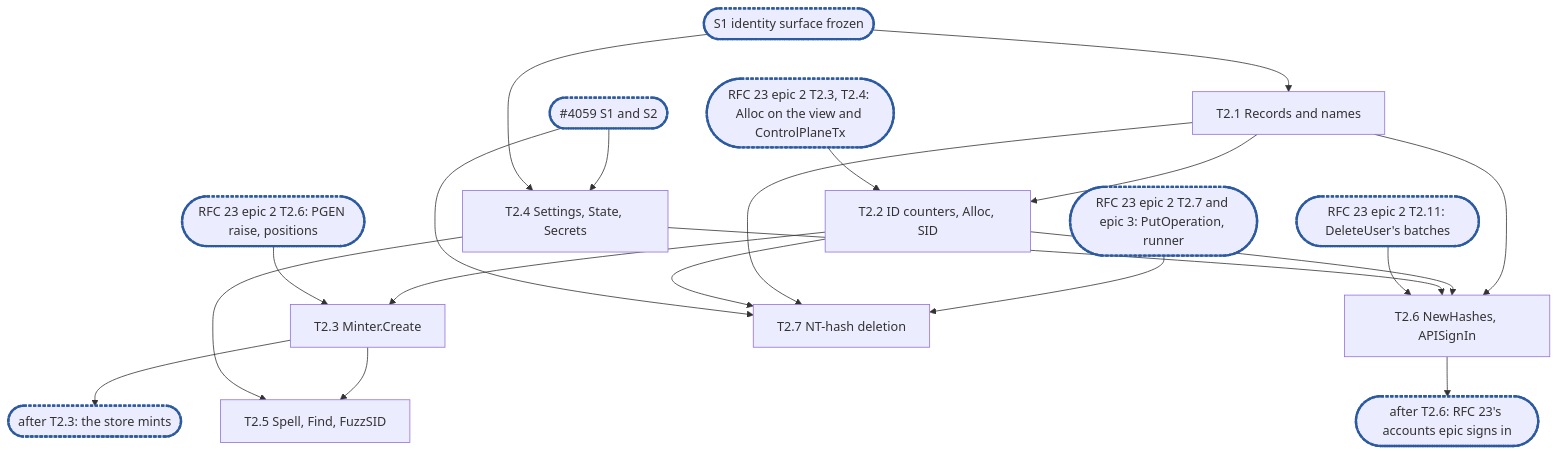
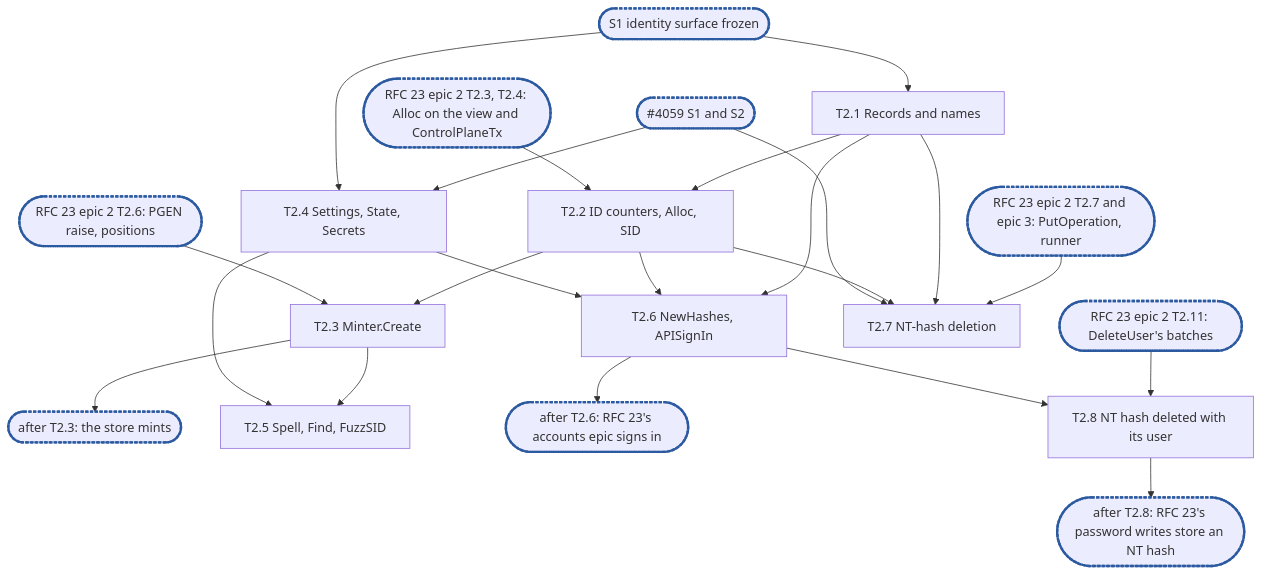
Before and after one commit to cubbit/dittofs: the diagram in docs/internals/planning/rfc-18-identity-epic2.md, drawn with Mermaid. The commit also changed other lines of this file, not shown here.

Commit message:
docs(planning): split the NT-hash deletion out of RFC 18 epic 2's T2.6

````diff
--- a/docs/internals/planning/rfc-18-identity-epic2.md
+++ b/docs/internals/planning/rfc-18-identity-epic2.md
@@ -611,18 +626,20 @@
 ```mermaid
 flowchart TD
   S1(["S1 identity surface frozen"]):::sync --> T2_1["T2.1 Records and names"]
   T2_1 --> T2_2["T2.2 ID counters, Alloc, SID"]
   T2_2 --> T2_3["T2.3 Minter.Create"]
   T2_3 --> C1(["after T2.3: the store mints"]):::sync
   X59(["#4059 S1 and S2"]):::sync --> T2_4["T2.4 Settings, State, Secrets"]
   S1 --> T2_4
   T2_3 & T2_4 --> T2_5["T2.5 Spell, Find, FuzzSID"]
   T2_1 & T2_2 & T2_4 --> T2_6["T2.6 NewHashes, APISignIn"]
   T2_6 --> C2(["after T2.6: RFC 23's accounts epic signs in"]):::sync
   X23a(["RFC 23 epic 2 T2.3, T2.4: Alloc on the view and ControlPlaneTx"]):::sync --> T2_2
   X23b(["RFC 23 epic 2 T2.6: PGEN raise, positions"]):::sync --> T2_3
-  X23c(["RFC 23 epic 2 T2.11: DeleteUser's batches"]):::sync --> T2_6
+  X23c(["RFC 23 epic 2 T2.11: DeleteUser's batches"]):::sync --> T2_8["T2.8 NT hash deleted with its user"]
+  T2_6 --> T2_8
+  T2_8 --> C3(["after T2.8: RFC 23's password writes store an NT hash"]):::sync
   X23d(["RFC 23 epic 2 T2.7 and epic 3: PutOperation, runner"]):::sync --> T2_7["T2.7 NT-hash deletion"]
   T2_1 & T2_2 & X59 --> T2_7
   classDef sync stroke:#2c5aa0,stroke-width:3px,stroke-dasharray:4 2
 ```
````
